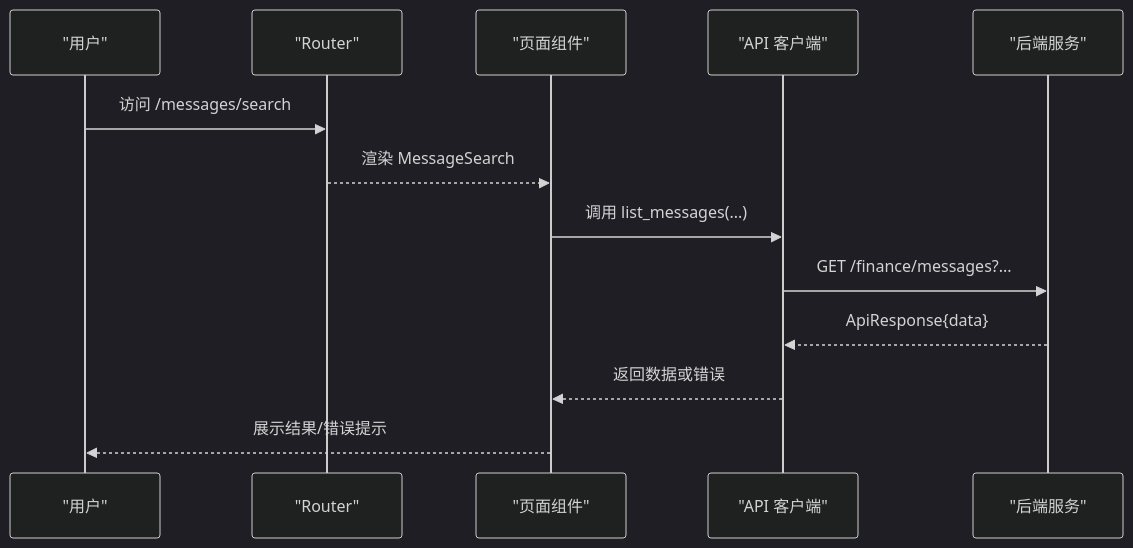
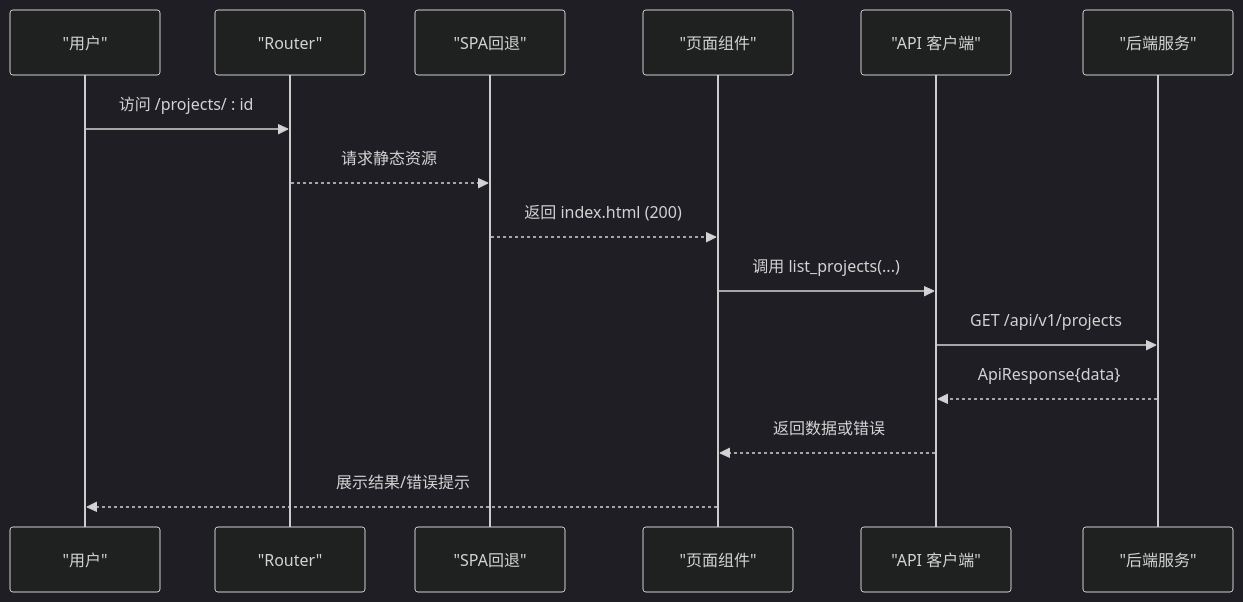
One commit to runningcoders/ai_orz changed the second of 11 diagrams in .qoder/repowiki/zh/content/前端应用/前端应用.md. Above: the diagram before and after it, drawn with Mermaid (dark theme). The commit also changed other lines of this file and 133 other files, not shown here.

````diff
--- a/.qoder/repowiki/zh/content/前端应用/前端应用.md
+++ b/.qoder/repowiki/zh/content/前端应用/前端应用.md
@@ -101,15 +119,17 @@
 ```mermaid
 sequenceDiagram
 participant U as "用户"
 participant R as "Router"
+participant S as "SPA回退"
 participant P as "页面组件"
 participant A as "API 客户端"
-participant S as "后端服务"
-U->>R : 访问 /messages/search
-R-->>P : 渲染 MessageSearch
-P->>A : 调用 list_messages(...)
-A->>S : GET /finance/messages?...
-S-->>A : ApiResponse{data}
+participant B as "后端服务"
+U->>R : 访问 /projects/ : id
+R-->>S : 请求静态资源
+S-->>P : 返回 index.html (200)
+P->>A : 调用 list_projects(...)
+A->>B : GET /api/v1/projects
+B-->>A : ApiResponse{data}
 A-->>P : 返回数据或错误
 P-->>U : 展示结果/错误提示
 ```
````
